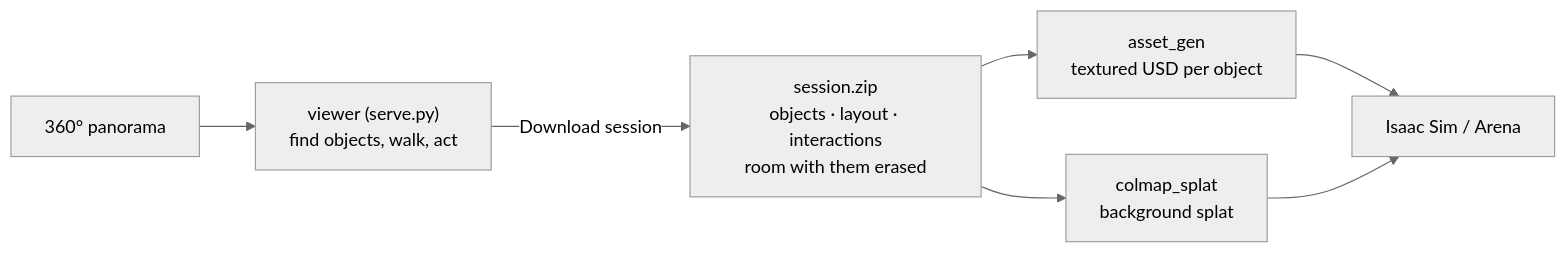
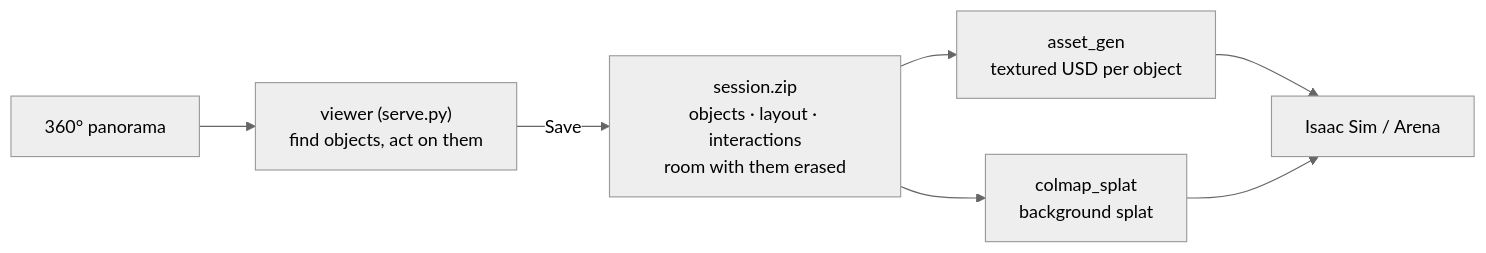
Before and after one commit to cnboonhan/data-flywheel: the diagram in sim/pano_ideate/README.md, drawn with Mermaid (neutral theme). The commit also changed other lines of this file and 4 other files, not shown here.

````diff
--- a/sim/pano_ideate/README.md
+++ b/sim/pano_ideate/README.md
@@ -7,9 +7,9 @@
 ```mermaid
 flowchart LR
-  P["360° panorama"] --> V["viewer (serve.py)<br/>find objects, walk, act"]
-  V -->|Download session| Z["session.zip<br/>objects · layout · interactions<br/>room with them erased"]
+  P["360° panorama"] --> V["viewer (serve.py)<br/>find objects, act on them"]
+  V -->|Save| Z["session.zip<br/>objects · layout · interactions<br/>room with them erased"]
   Z --> A["asset_gen<br/>textured USD per object"]
   Z --> S["colmap_splat<br/>background splat"]
   A --> Sim["Isaac Sim / Arena"]
   S --> Sim
 ```
````
